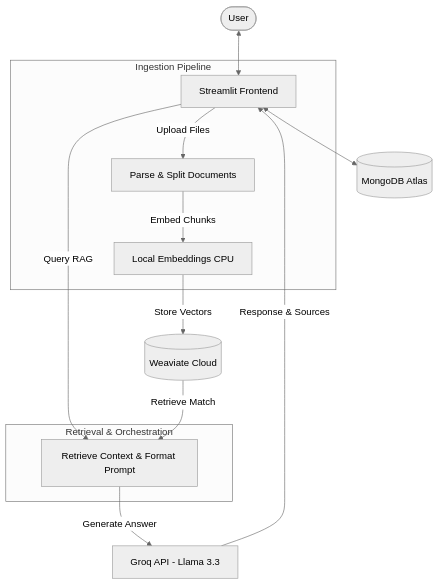
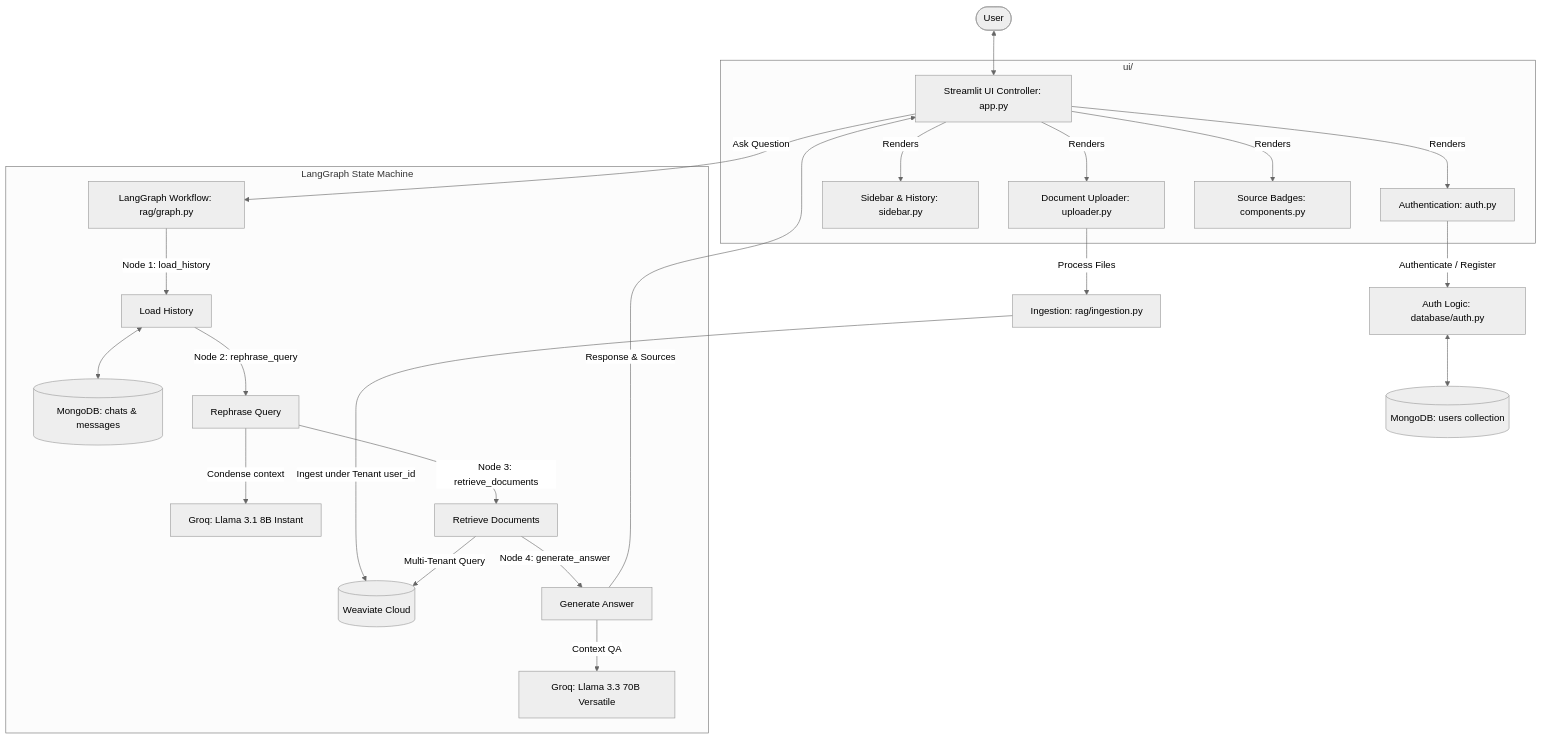
Before and after one commit to sattyaaa/ChatWithDocs: the diagram in README.md, drawn with Mermaid (neutral theme). The commit also changed other lines of this file and 15 other files, not shown here.

````diff
--- a/README.md
+++ b/README.md
@@ -9,20 +9,35 @@
 ```mermaid
 graph TD
-    User([User]) <--> UI[Streamlit Frontend]
-    UI <--> MongoDB[(MongoDB Atlas)]
+    User([User]) <--> UI_Controller[Streamlit UI Controller: app.py]
     
-    subgraph Ingestion Pipeline
-        UI -->|Upload Files| Parse[Parse & Split Documents]
-        Parse -->|Embed Chunks| Embed[Local Embeddings CPU]
+    subgraph UI Package [ui/]
+        UI_Controller -->|Renders| UI_Auth[Authentication: auth.py]
+        UI_Controller -->|Renders| UI_Sidebar[Sidebar & History: sidebar.py]
+        UI_Controller -->|Renders| UI_Uploader[Document Uploader: uploader.py]
+        UI_Controller -->|Renders| UI_Components[Source Badges: components.py]
     end
 
-    subgraph Retrieval & Orchestration
-        UI -->|Query RAG| RAG[Retrieve Context & Format Prompt]
+    UI_Auth -->|Authenticate / Register| Auth[Auth Logic: database/auth.py]
+    Auth <--> DB_Users[(MongoDB: users collection)]
+
+    UI_Uploader -->|Process Files| Ingestion[Ingestion: rag/ingestion.py]
+    Ingestion -->|Ingest under Tenant user_id| Weaviate[(Weaviate Cloud)]
+
+    UI_Controller -->|Ask Question| Graph[LangGraph Workflow: rag/graph.py]
+
+    subgraph LangGraph State Machine
+        Graph -->|Node 1: load_history| Node_History[Load History]
+        Node_History <--> DB_Messages[(MongoDB: chats & messages)]
+        
+        Node_History -->|Node 2: rephrase_query| Node_Rephrase[Rephrase Query]
+        Node_Rephrase -->|Condense context| LLM_Rephrase[Groq: Llama 3.1 8B Instant]
+        
+        Node_Rephrase -->|Node 3: retrieve_documents| Node_Retrieve[Retrieve Documents]
+        Node_Retrieve -->|Multi-Tenant Query| Weaviate
+        
+        Node_Retrieve -->|Node 4: generate_answer| Node_Generate[Generate Answer]
+        Node_Generate -->|Context QA| LLM_QA[Groq: Llama 3.3 70B Versatile]
     end
 
-    %% External Systems
-    Embed -->|Store Vectors| Weaviate[(Weaviate Cloud)]
-    Weaviate -->|Retrieve Match| RAG
-    RAG -->|Generate Answer| Groq[Groq API - Llama 3.3]
-    Groq -->|Response & Sources| UI
+    Node_Generate -->|Response & Sources| UI_Controller
 ```
````
